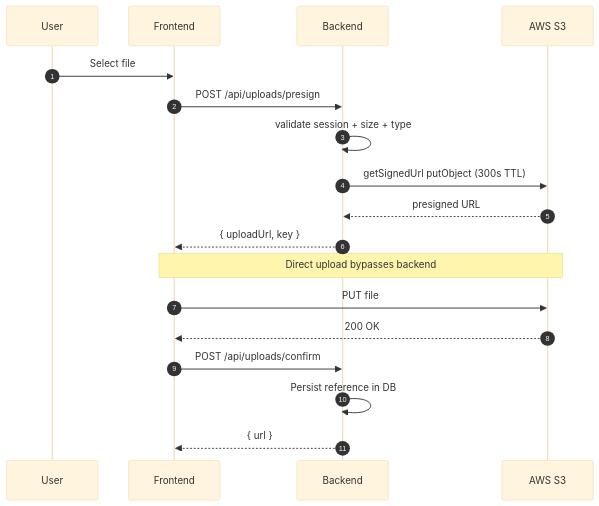
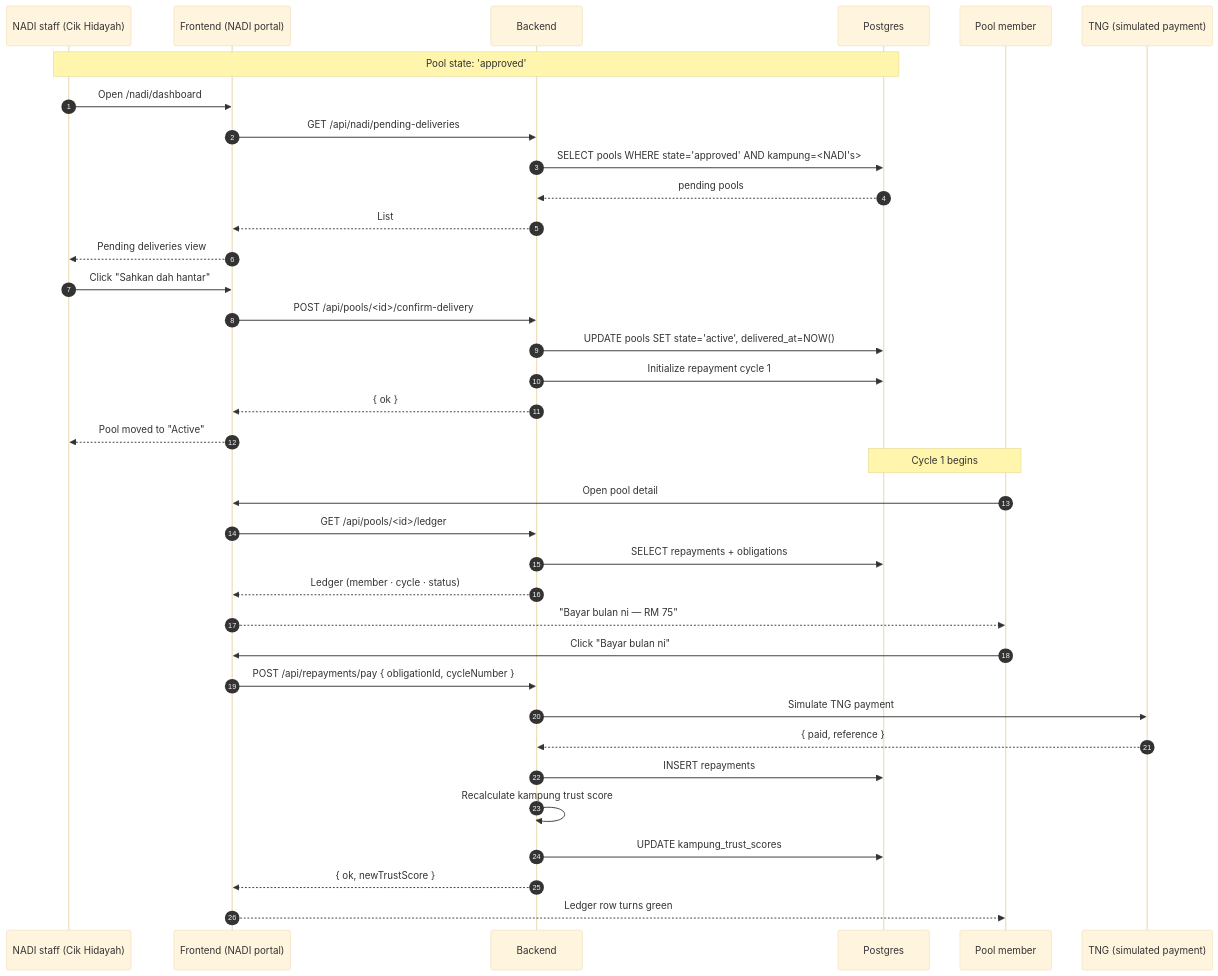
One commit to Zen0space/R2-D2-Finhack changed the fifth of 8 diagrams in ARCHITECTURE.md. Above: the diagram before and after it, drawn with Mermaid (base theme). The commit also changed other lines of this file and 26 other files, not shown here.

````diff
--- a/ARCHITECTURE.md
+++ b/ARCHITECTURE.md
@@ -240,24 +165,42 @@
 ```mermaid
 sequenceDiagram
     autonumber
-    participant U as User
-    participant F as Frontend
+    participant N as NADI staff (Cik Hidayah)
+    participant F as Frontend (NADI portal)
     participant A as Backend
-    participant S as AWS S3
+    participant P as Postgres
+    participant Mem as Pool member
+    participant T as TNG (simulated payment)
 
-    U->>F: Select file
-    F->>A: POST /api/uploads/presign
-    A->>A: validate session + size + type
-    A->>S: getSignedUrl putObject (300s TTL)
-    S-->>A: presigned URL
-    A-->>F: { uploadUrl, key }
+    Note over N,P: Pool state: 'approved'
+    N->>F: Open /nadi/dashboard
+    F->>A: GET /api/nadi/pending-deliveries
+    A->>P: SELECT pools WHERE state='approved' AND kampung=<NADI's>
+    P-->>A: pending pools
+    A-->>F: List
+    F-->>N: Pending deliveries view
 
-    Note over F,S: Direct upload bypasses backend
+    N->>F: Click "Sahkan dah hantar"
+    F->>A: POST /api/pools/<id>/confirm-delivery
+    A->>P: UPDATE pools SET state='active', delivered_at=NOW()
+    A->>P: Initialize repayment cycle 1
+    A-->>F: { ok }
+    F-->>N: Pool moved to "Active"
 
-    F->>S: PUT file
-    S-->>F: 200 OK
+    Note over Mem,P: Cycle 1 begins
+    Mem->>F: Open pool detail
+    F->>A: GET /api/pools/<id>/ledger
+    A->>P: SELECT repayments + obligations
+    A-->>F: Ledger (member · cycle · status)
+    F-->>Mem: "Bayar bulan ni — RM 75"
 
-    F->>A: POST /api/uploads/confirm
-    A->>A: Persist reference in DB
-    A-->>F: { url }
+    Mem->>F: Click "Bayar bulan ni"
+    F->>A: POST /api/repayments/pay { obligationId, cycleNumber }
+    A->>T: Simulate TNG payment
+    T-->>A: { paid, reference }
+    A->>P: INSERT repayments
+    A->>A: Recalculate kampung trust score
+    A->>P: UPDATE kampung_trust_scores
+    A-->>F: { ok, newTrustScore }
+    F-->>Mem: Ledger row turns green
 ```
````
